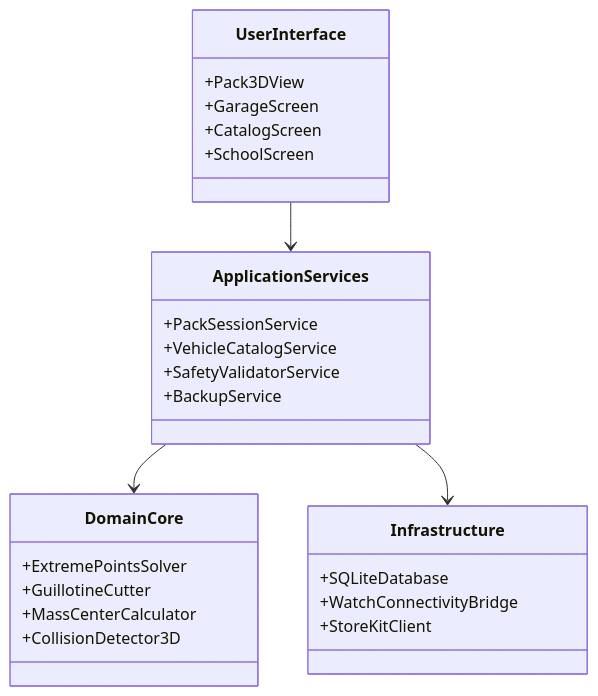
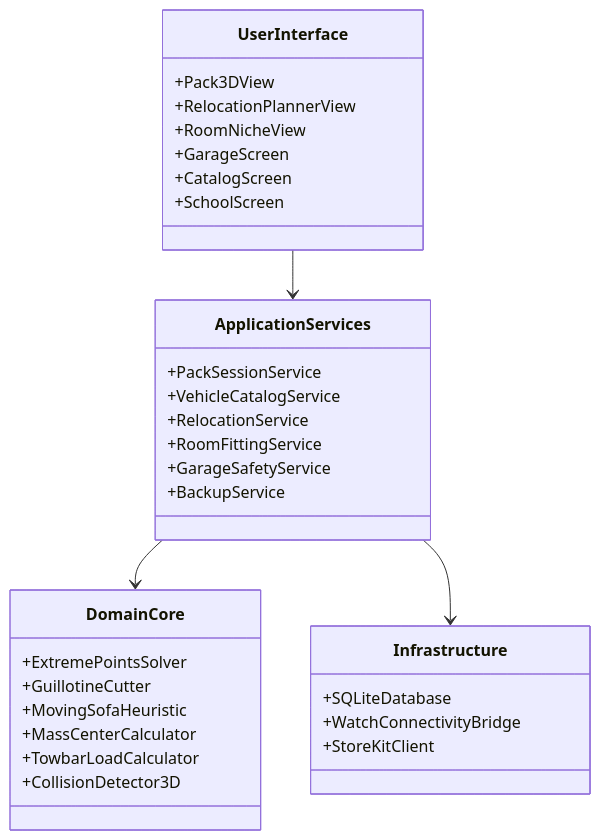
The diagram in czy_sie_zmiesci_brd/Czy sie zmiesci BRD 0.1 · D2 · rozdz. 11–12 architektura, model danych SQLite i przenośność.md (lkarwowski494/czy-sie-zmiesci), drawn with Mermaid before and after one commit. The commit also changed other lines of this file and 15 other files, not shown here.

````diff
--- a/czy_sie_zmiesci_brd/Czy sie zmiesci BRD 0.1 · D2 · rozdz. 11–12 architektura, model danych SQLite i przenośność.md
+++ b/czy_sie_zmiesci_brd/Czy sie zmiesci BRD 0.1 · D2 · rozdz. 11–12 architektura, model danych SQLite i przenośność.md
@@ -7,30 +7,36 @@
 ```mermaid
 classDiagram
     class DomainCore {
         +ExtremePointsSolver
         +GuillotineCutter
+        +MovingSofaHeuristic
         +MassCenterCalculator
+        +TowbarLoadCalculator
         +CollisionDetector3D
     }
     class ApplicationServices {
         +PackSessionService
         +VehicleCatalogService
-        +SafetyValidatorService
+        +RelocationService
+        +RoomFittingService
+        +GarageSafetyService
         +BackupService
     }
     class Infrastructure {
         +SQLiteDatabase
         +WatchConnectivityBridge
         +StoreKitClient
     }
     class UserInterface {
         +Pack3DView
+        +RelocationPlannerView
+        +RoomNicheView
         +GarageScreen
         +CatalogScreen
         +SchoolScreen
     }
 
     UserInterface --> ApplicationServices
     ApplicationServices --> DomainCore
     ApplicationServices --> Infrastructure
 ```
````
